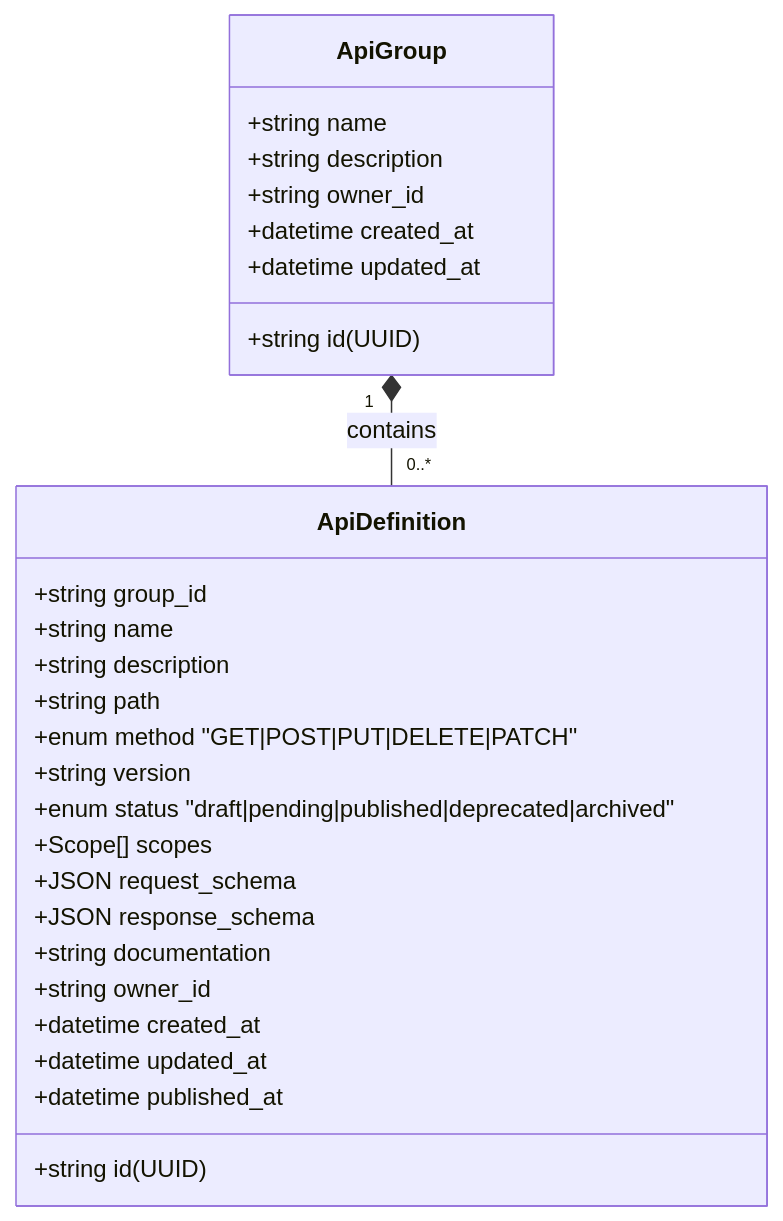
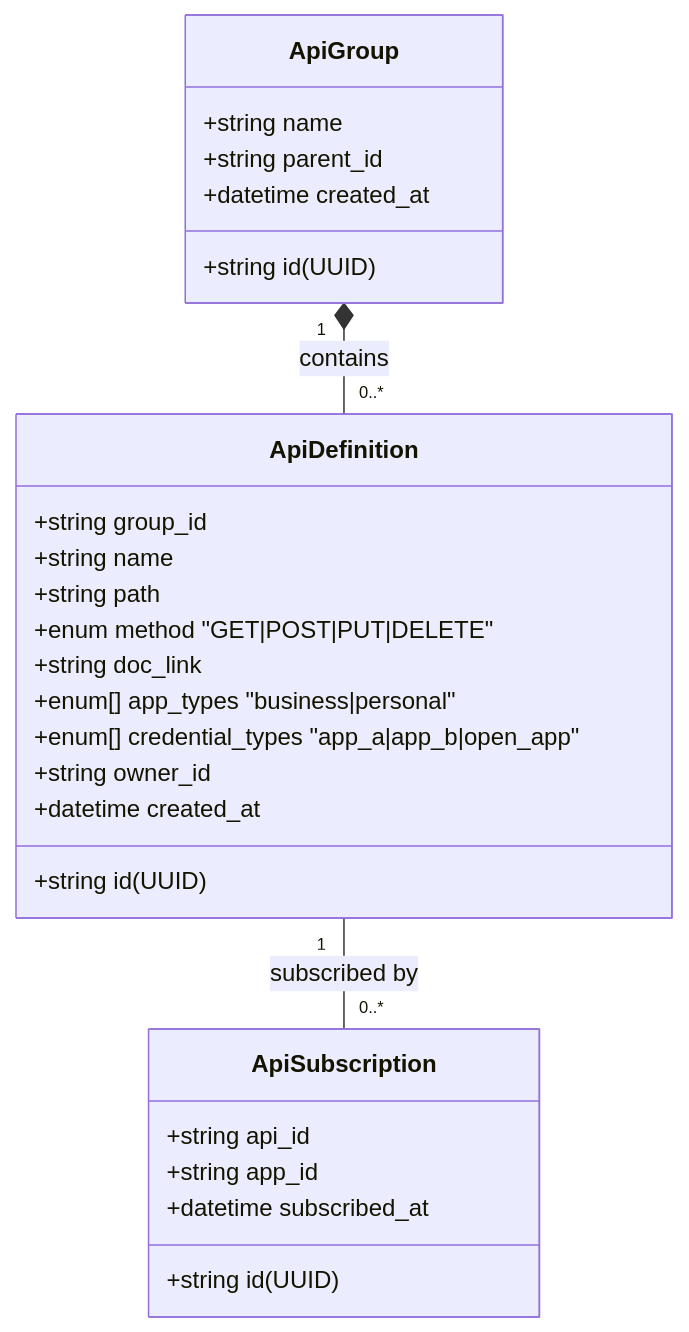
The fifth of 6 diagrams in open-app/.sdd/specs-tree-root/specs-tree-capability-open-platform/spec.md (THZSummer/Product), drawn with Mermaid before and after one commit. The commit also changed other lines of this file, not shown here.

````diff
--- a/open-app/.sdd/specs-tree-root/specs-tree-capability-open-platform/spec.md
+++ b/open-app/.sdd/specs-tree-root/specs-tree-capability-open-platform/spec.md
@@ -390,32 +364,32 @@
 ```mermaid
 classDiagram
     class ApiGroup {
         +string id (UUID)
         +string name
-        +string description
-        +string owner_id
+        +string parent_id
         +datetime created_at
-        +datetime updated_at
     }
     
     class ApiDefinition {
         +string id (UUID)
         +string group_id
         +string name
-        +string description
         +string path
-        +enum method "GET|POST|PUT|DELETE|PATCH"
-        +string version
-        +enum status "draft|pending|published|deprecated|archived"
-        +Scope[] scopes
-        +JSON request_schema
-        +JSON response_schema
-        +string documentation
+        +enum method "GET|POST|PUT|DELETE"
+        +string doc_link
+        +enum[] app_types "business|personal"
+        +enum[] credential_types "app_a|app_b|open_app"
         +string owner_id
         +datetime created_at
-        +datetime updated_at
-        +datetime published_at
+    }
+    
+    class ApiSubscription {
+        +string id (UUID)
+        +string api_id
+        +string app_id
+        +datetime subscribed_at
     }
     
     ApiGroup "1" *-- "0..*" ApiDefinition : contains
+    ApiDefinition "1" -- "0..*" ApiSubscription : subscribed by
 ```
````
